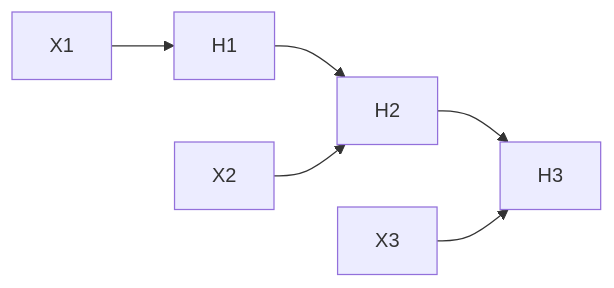
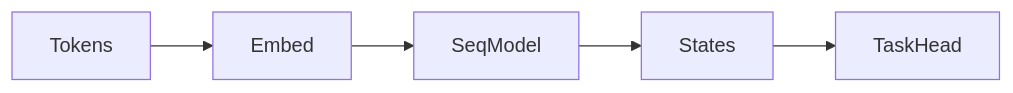
One commit to abdulsamad183/ai-engineering-playbook changed the diagram in domains/deep-learning/sequence-models/01-recurrent-neural-networks.md. Above: the diagram before and after it, drawn with Mermaid. The commit also changed other lines of this file and 203 other files, not shown here.

````diff
--- a/domains/deep-learning/sequence-models/01-recurrent-neural-networks.md
+++ b/domains/deep-learning/sequence-models/01-recurrent-neural-networks.md
@@ -20,6 +91,4 @@
 ```mermaid
 flowchart LR
-  X1 --> H1 --> H2 --> H3
-  X2 --> H2
-  X3 --> H3
+  Tokens --> Embed --> SeqModel --> States --> TaskHead
 ```
````
